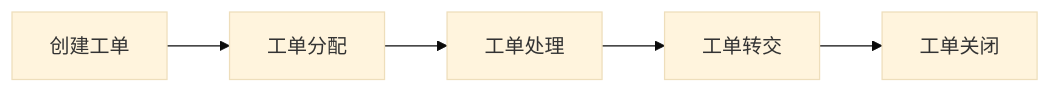
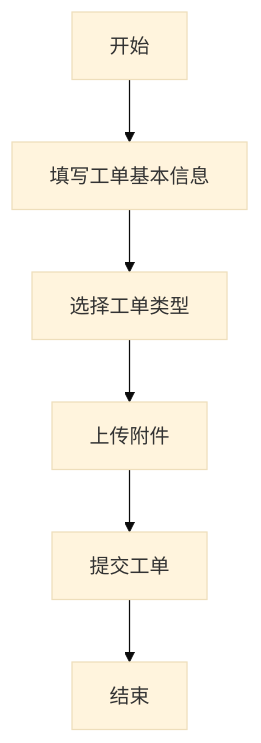
The first of 2 diagrams in doc/requirement1.md (zhishi324/n8ndeploy), drawn with Mermaid (base theme) before and after one commit. The commit also changed other lines of this file, not shown here.

````diff
--- a/doc/requirement1.md
+++ b/doc/requirement1.md
@@ -21,7 +21,8 @@
 ```mermaid
-graph LR
-A[创建工单] --> B[工单分配]
-B --> C[工单处理]
-C --> D[工单转交]
-D --> E[工单关闭]
+graph TD
+    A[开始] --> B[填写工单基本信息]
+    B --> C[选择工单类型]
+    C --> D[上传附件]
+    D --> E[提交工单]
+    E --> F[结束]
 ```
````
